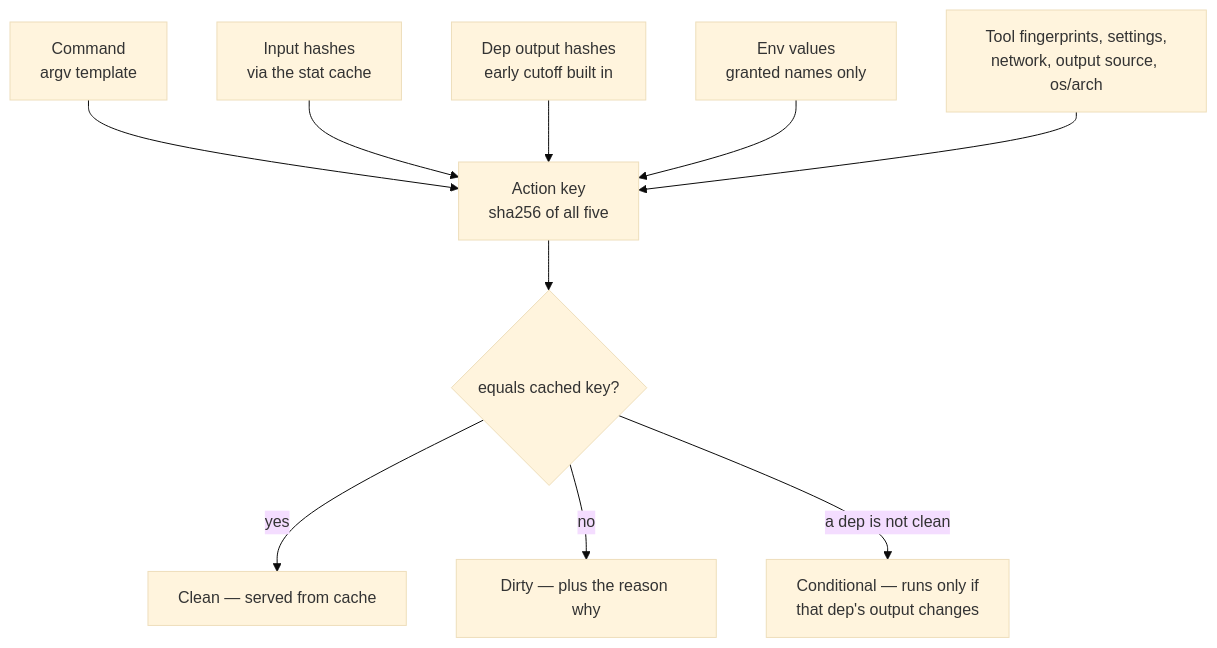
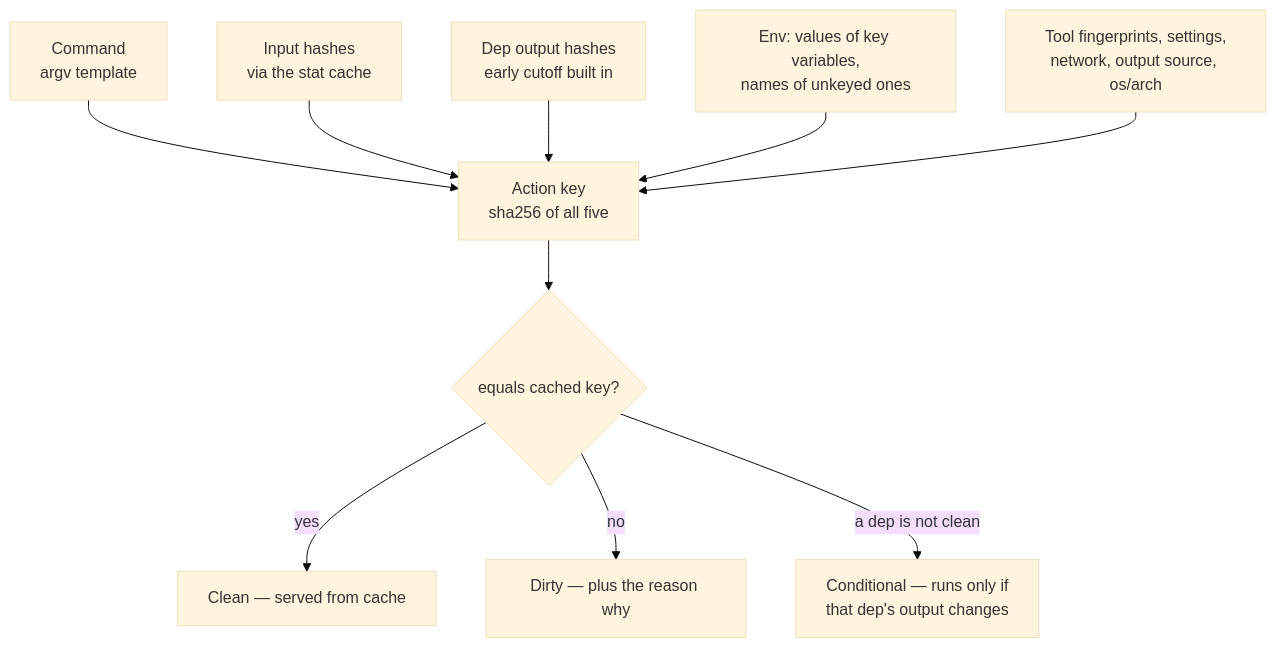
One commit to airsstack/buildl changed the first of 2 diagrams in book/src/ch05-01-action-key.md. Above: the diagram before and after it, drawn with Mermaid (base theme). The commit also changed other lines of this file and 7 other files, not shown here.

````diff
--- a/book/src/ch05-01-action-key.md
+++ b/book/src/ch05-01-action-key.md
@@ -8,13 +8,13 @@
 ```mermaid
 %% Action key composition
 graph TD
     CMD["Command<br/>argv template"] --> KEY["Action key<br/>sha256 of all five"]
     IN["Input hashes<br/>via the stat cache"] --> KEY
     DEP["Dep output hashes<br/>early cutoff built in"] --> KEY
-    ENV["Env values<br/>granted names only"] --> KEY
+    ENV["Env: values of key variables,<br/>names of unkeyed ones"] --> KEY
     SET["Tool fingerprints, settings,<br/>network, output source, os/arch"] --> KEY
     KEY --> CMP{"equals cached key?"}
     CMP -- yes --> CLEAN["Clean — served from cache"]
     CMP -- no --> DIRTY["Dirty — plus the reason why"]
     CMP -- "a dep is not clean" --> COND["Conditional — runs only if<br/>that dep's output changes"]
 ```
````
